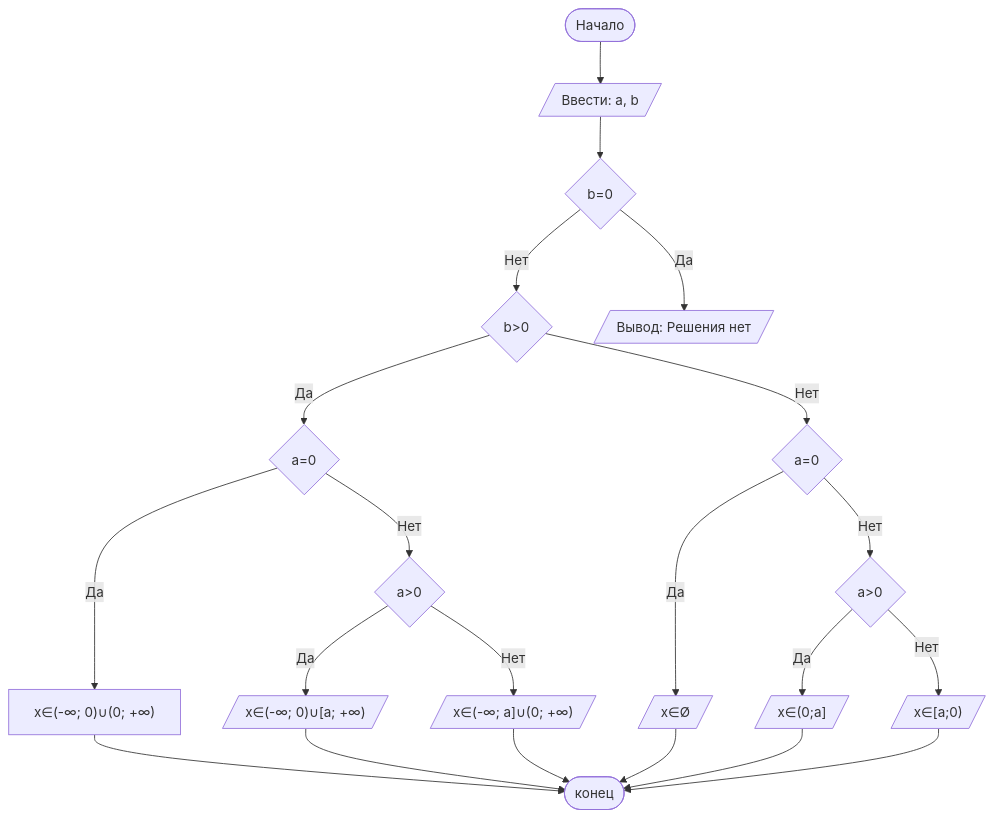
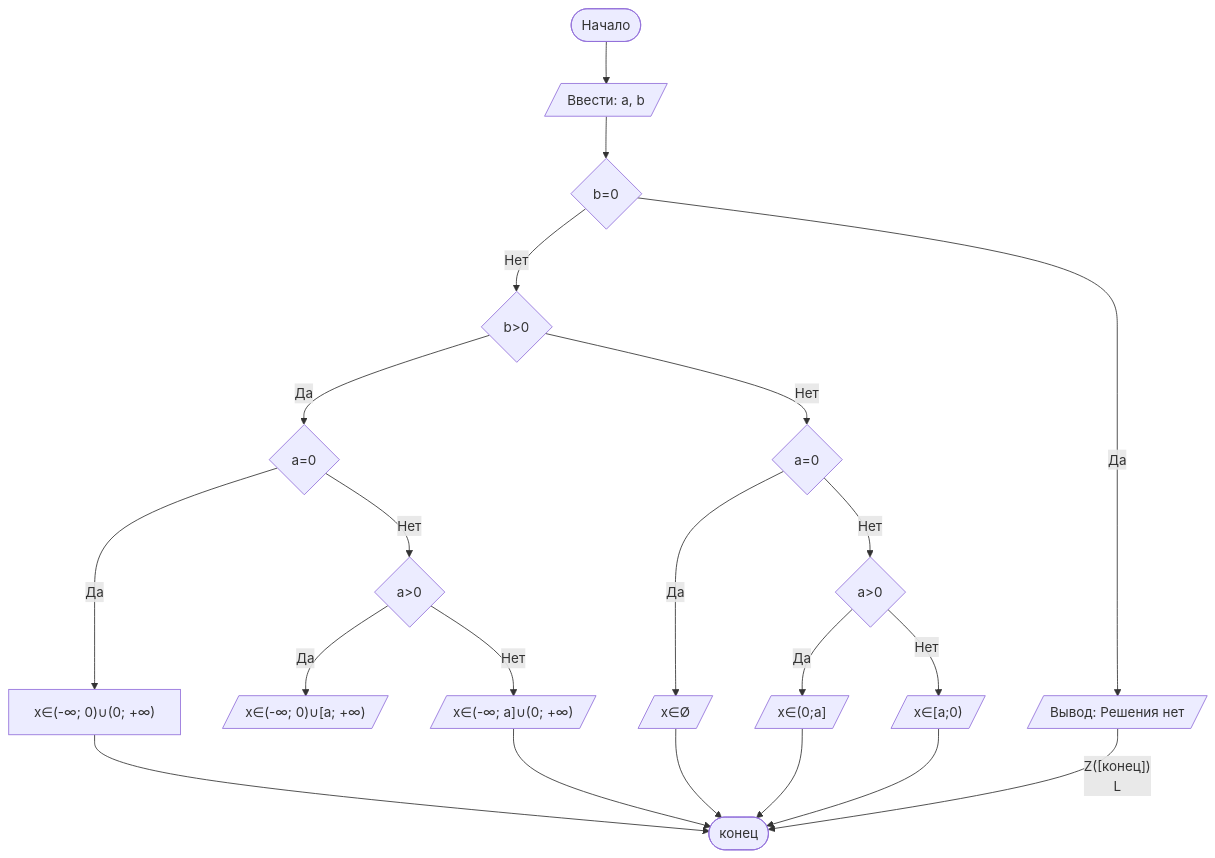
Before and after one commit to Elizavetabutko/lab1: the diagram in README.md, drawn with Mermaid.

Commit message:
README.md

````diff
--- a/README.md
+++ b/README.md
@@ -81,24 +81,25 @@
 ```mermaid
 graph TD
     A([Начало]) --> B[/Ввести: a, b/]
     B --> C{b=0}
     C -- Нет --> D{b>0}
     C -- Да --> E[/Вывод: Решения нет/]
     D -- Да --> F{a=0}
     D -- Нет --> G{a=0}
     F -- Да --> H["x∈(-∞; 0)∪(0; +∞)"]
     F -- Нет --> I{a>0}
     I -- Да --> L[/"x∈(-∞; 0)∪[a; +∞)"/]
     I -- Нет --> M[/"x∈(-∞; a]∪(0; +∞)"/]
     G -- Да --> J[/"x∈Ø"/]
     G -- Нет --> K{a>0}
     K -- Да --> N[/"x∈(0;a]"/]
     K -- Нет --> O[/"x∈[a;0)"/]
+    E -- Z([конец])
     L --> Z([конец])
     M --> Z([конец])
     N --> Z([конец])
     O --> Z([конец])
     H --> Z([конец])
     J --> Z([конец])
 
 ```
````
